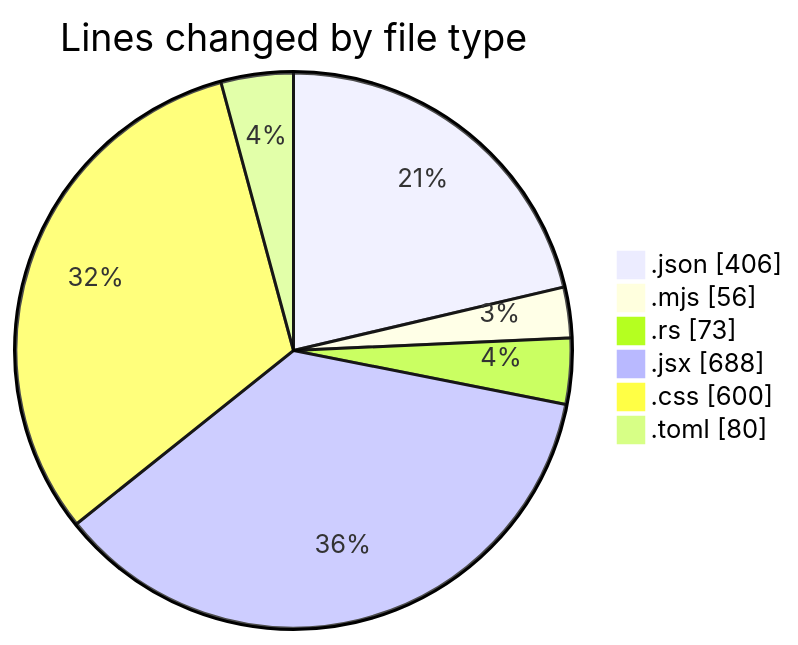
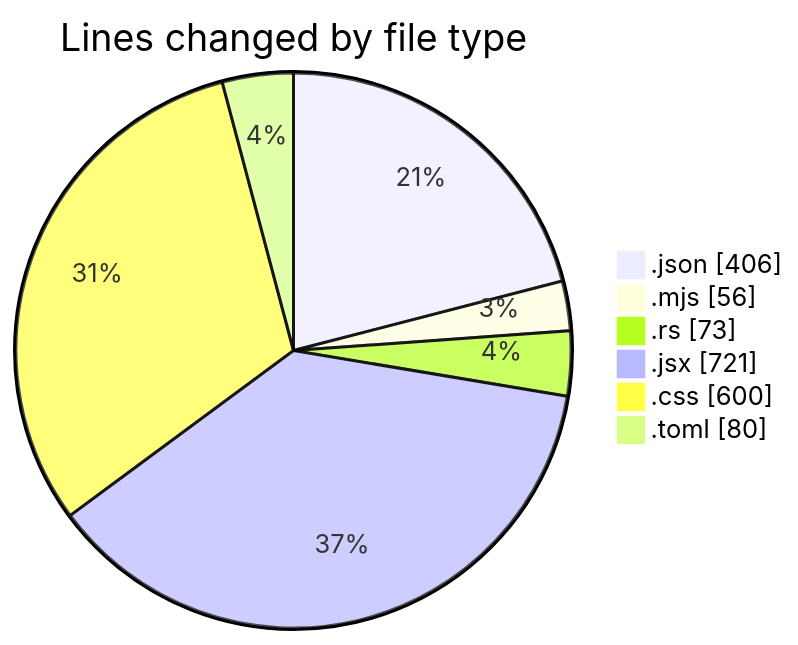
Before and after one commit to charlie-sans/code-tracking: the first of 2 diagrams in 2025-01-28/trollerboard/README.md, drawn with Mermaid. The commit also changed other lines of this file and 1 other file, not shown here.

````diff
--- a/2025-01-28/trollerboard/README.md
+++ b/2025-01-28/trollerboard/README.md
@@ -29,10 +29,10 @@
 ```mermaid
 pie showData
 title Lines changed by file type
 ".json" : 406
 ".mjs" : 56
 ".rs" : 73
-".jsx" : 688
+".jsx" : 721
 ".css" : 600
 ".toml" : 80
 ```
````
